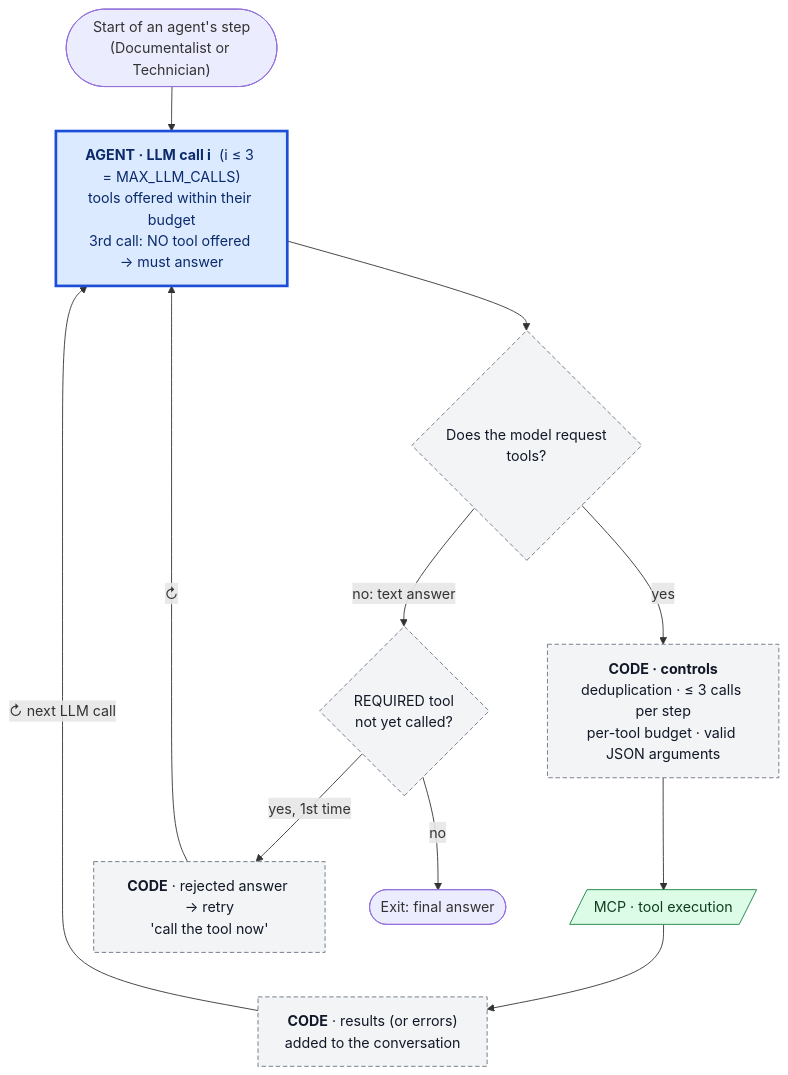
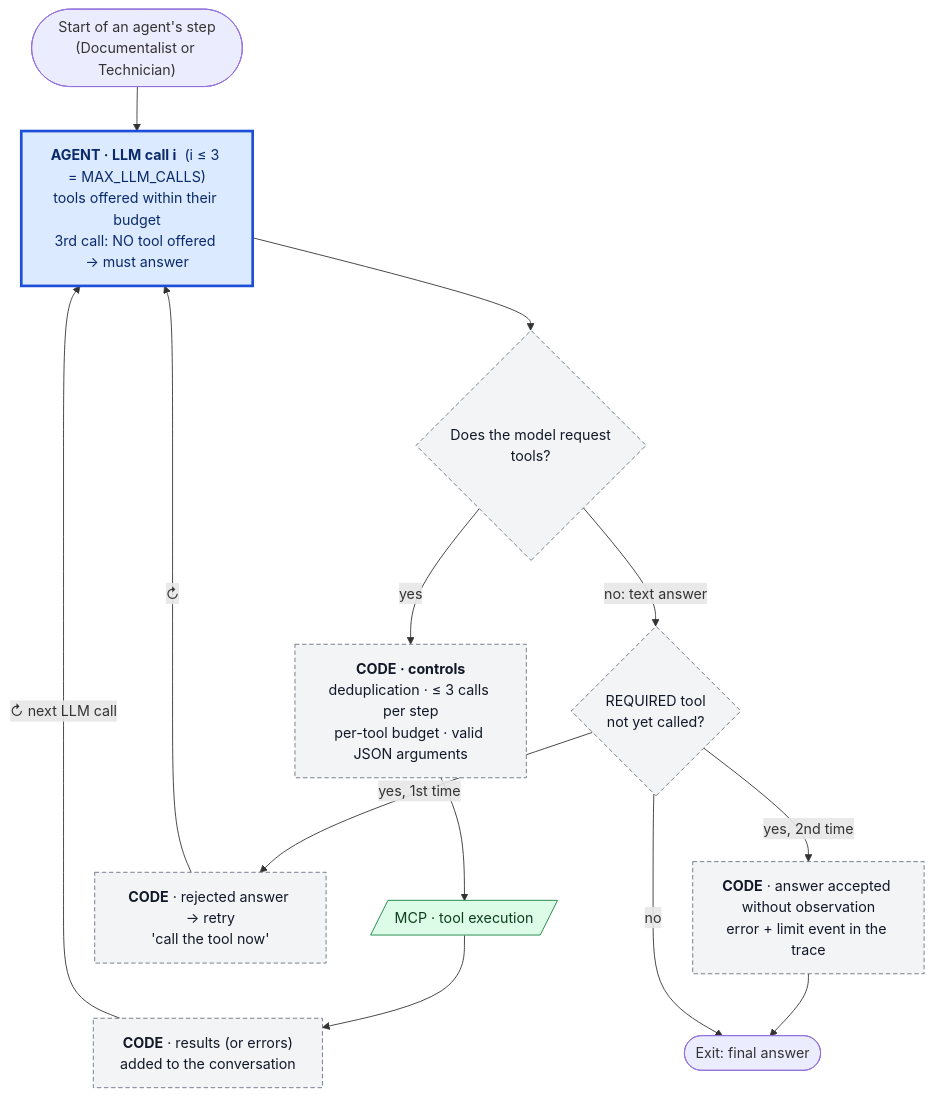
One commit to StephaneHe/HelloSupport changed the second of 2 diagrams in docs/DESIGN_DECISIONS.md. Above: the diagram before and after it, drawn with Mermaid. The commit also changed other lines of this file and 34 other files, not shown here.

````diff
--- a/docs/DESIGN_DECISIONS.md
+++ b/docs/DESIGN_DECISIONS.md
@@ -91,21 +96,23 @@
 ```mermaid
 flowchart TB
     S(["Start of an agent's step<br/>(Documentalist or Technician)"]) --> L
     L["<b>AGENT · LLM call i</b>  (i ≤ 3 = MAX_LLM_CALLS)<br/>tools offered within their budget<br/>3rd call: NO tool offered → must answer"]
     L --> Q1{"Does the model request<br/>tools?"}
     Q1 -->|"yes"| F["<b>CODE · controls</b><br/>deduplication · ≤ 3 calls per step<br/>per-tool budget · valid JSON arguments"]
     F --> X[/"MCP · tool execution"/]
     X --> R["<b>CODE</b> · results (or errors)<br/>added to the conversation"]
     R -->|"↻ next LLM call"| L
     Q1 -->|"no: text answer"| Q2{"REQUIRED tool<br/>not yet called?"}
     Q2 -->|"yes, 1st time"| REJ["<b>CODE</b> · rejected answer → retry<br/>'call the tool now'"]
     REJ -->|"↻"| L
+    Q2 -->|"yes, 2nd time"| ACC["<b>CODE</b> · answer accepted without observation<br/>error + limit event in the trace"]
+    ACC --> OUT
     Q2 -->|"no"| OUT(["Exit: final answer"])
 
     classDef agent fill:#dbeafe,stroke:#1d4ed8,stroke-width:3px,color:#0b2a6b
     classDef code fill:#f3f4f6,stroke:#6b7280,stroke-width:1px,stroke-dasharray:5 3,color:#111827
     classDef tool fill:#dcfce7,stroke:#15803d,color:#0f3d1f
     class L agent
-    class F,R,REJ,Q1,Q2 code
+    class F,R,REJ,ACC,Q1,Q2 code
     class X tool
 ```
````
